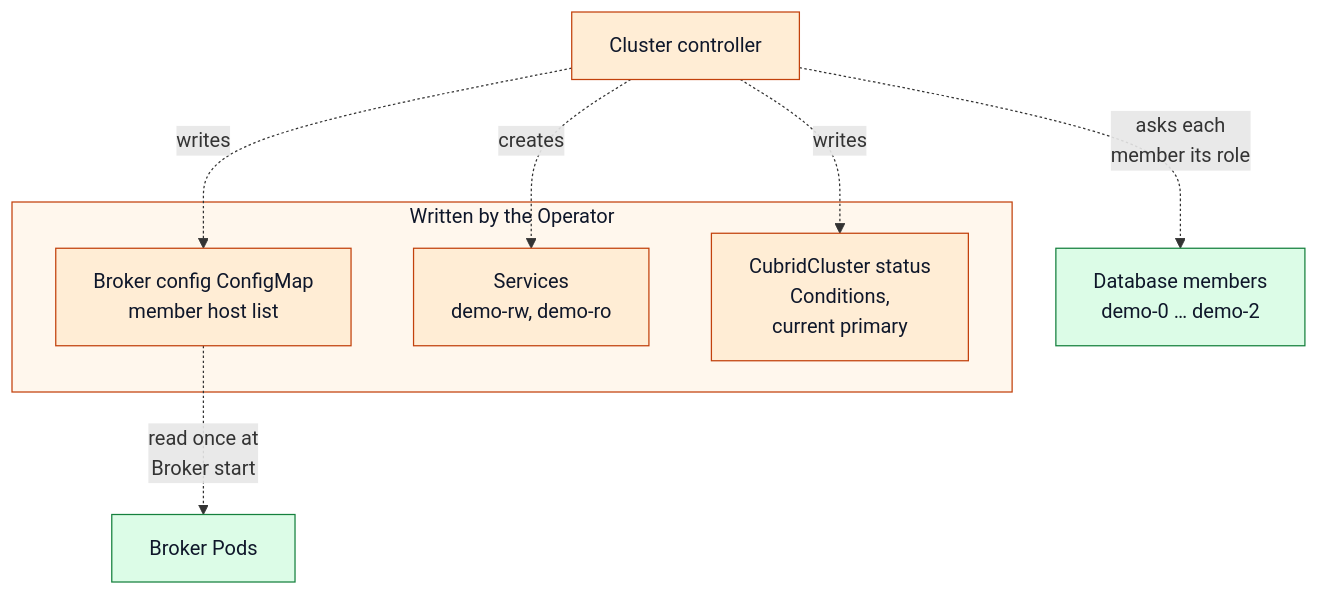
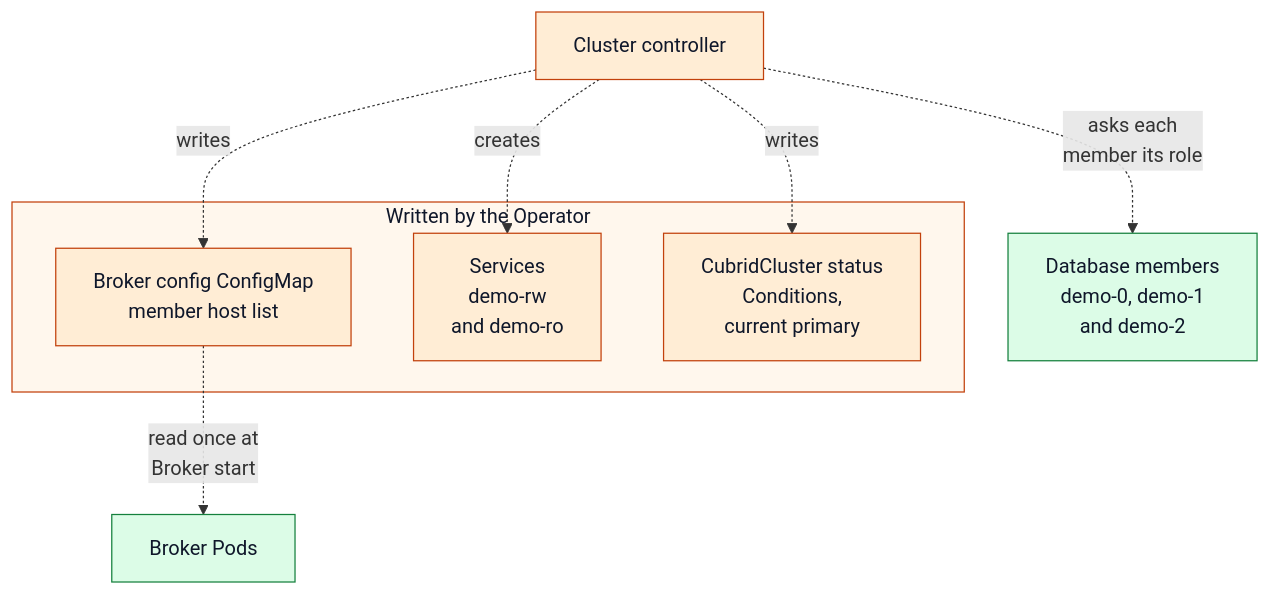
Before and after one commit to cubrid-lab/cubrid-kubernetes-operator: the second of 2 diagrams in docs/architecture/data-path.md, drawn with Mermaid.

Commit message:
docs(architecture): keep Service and member names whole in the management path

````diff
--- a/docs/architecture/data-path.md
+++ b/docs/architecture/data-path.md
@@ -66,26 +66,26 @@
 ```mermaid
 flowchart TB
     cc["Cluster controller"]:::op
 
     subgraph opside["Written by the Operator"]
         cfg["Broker config ConfigMap<br/>member host list"]:::op
-        svc["Services<br/>demo-rw, demo-ro"]:::op
+        svc["Services<br/>demo-rw<br/>and demo-ro"]:::op
         status["CubridCluster status<br/>Conditions,<br/>current primary"]:::op
     end
 
     brokers["Broker Pods"]:::cubrid
-    members["Database members<br/>demo-0 … demo-2"]:::cubrid
+    members["Database members<br/>demo-0, demo-1<br/>and demo-2"]:::cubrid
 
     cc -. "writes" .-> cfg
     cc -. "creates" .-> svc
     cc -. "writes" .-> status
     cfg -. "read once at<br/>Broker start" .-> brokers
     cc -. "asks each<br/>member its role" .-> members
 
     classDef k8s fill:#dbeafe,stroke:#1d4ed8,color:#0f172a
     classDef op fill:#ffedd5,stroke:#c2410c,color:#0f172a
     classDef cubrid fill:#dcfce7,stroke:#15803d,color:#0f172a
     classDef ext fill:#f1f5f9,stroke:#475569,color:#0f172a
 
     style opside fill:#fff7ed,stroke:#c2410c,color:#0f172a
 ```
````
